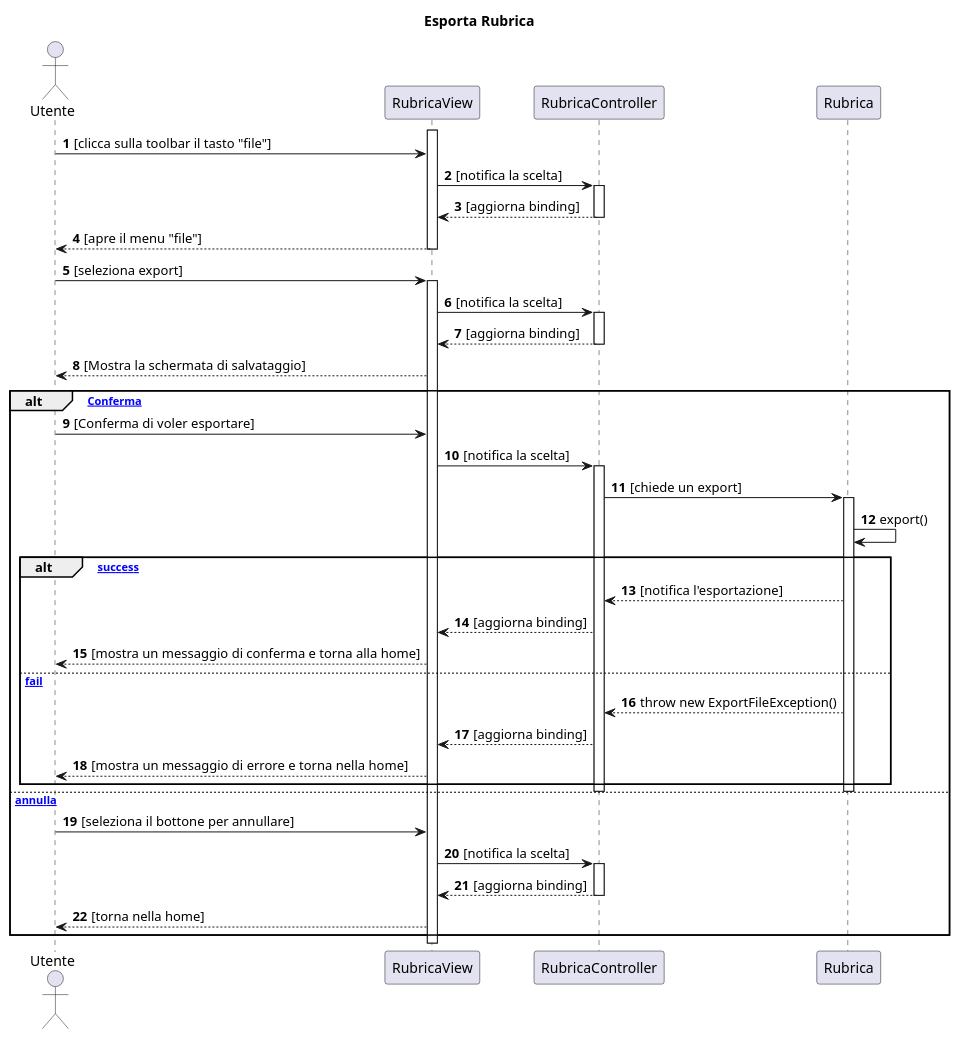
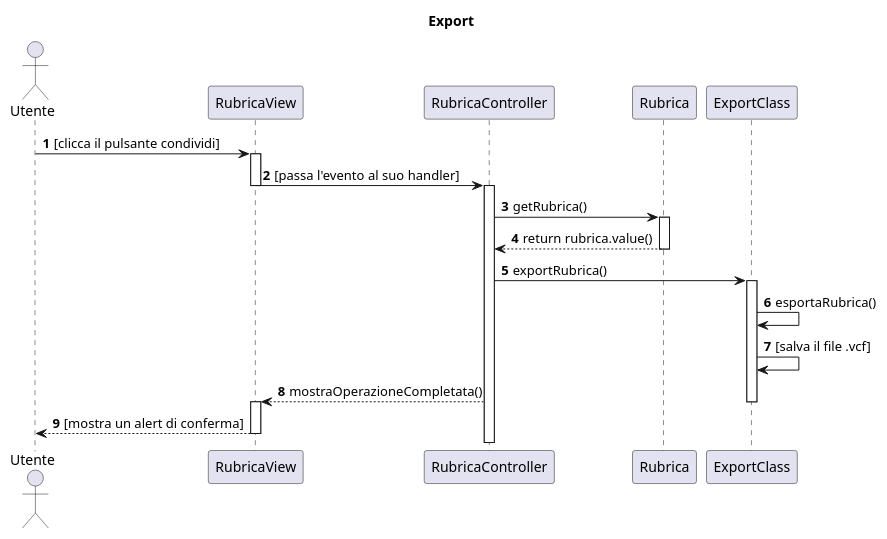
Before and after one commit to emanueletocci/uni-swe-project: the diagram in docs/bozze/Diagrammi/Sequenza2/ScenarioExport.puml, drawn with PlantUML.

Commit message:
diagramma di sequenza export

```diff
--- a/docs/bozze/Diagrammi/Sequenza2/ScenarioExport.puml
+++ b/docs/bozze/Diagrammi/Sequenza2/ScenarioExport.puml
@@ -1,53 +1,29 @@
 @startuml
-title Esporta Rubrica
+title Export
 autonumber
 actor Utente
-activate RubricaView
 participant RubricaView
 participant RubricaController
 participant Rubrica
+participant ExportClass
 
-Utente->RubricaView:[clicca sulla toolbar il tasto "file"]
-RubricaView->RubricaController:[notifica la scelta]
+Utente->RubricaView:[clicca il pulsante condividi]
+activate RubricaView
+RubricaView->RubricaController:[passa l'evento al suo handler]
+deactivate RubricaView
 activate RubricaController
-RubricaController-->RubricaView:[aggiorna binding]
-deactivate RubricaController
-RubricaView-->Utente:[apre il menu "file"]
+RubricaController->Rubrica:getRubrica()
+activate Rubrica
+Rubrica-->RubricaController:return rubrica.value()
+deactivate Rubrica
+RubricaController->ExportClass:exportRubrica()
+activate ExportClass
+ExportClass->ExportClass:esportaRubrica()
+ExportClass->ExportClass:[salva il file .vcf]
+RubricaController-->RubricaView:mostraOperazioneCompletata()
+deactivate ExportClass
+activate RubricaView
+RubricaView-->Utente:[mostra un alert di conferma]
 deactivate RubricaView
 
-Utente->RubricaView:[seleziona export]
-activate RubricaView
-RubricaView->RubricaController:[notifica la scelta]
-activate RubricaController
-RubricaController -->RubricaView:[aggiorna binding]
-deactivate RubricaController
-RubricaView-->Utente:[Mostra la schermata di salvataggio]
-
-alt [Conferma]
-    Utente->RubricaView:[Conferma di voler esportare]
-    RubricaView->RubricaController:[notifica la scelta]
-    activate RubricaController
-    RubricaController->Rubrica:[chiede un export]
-    activate Rubrica
-    Rubrica->Rubrica:export()
-    alt [export success]
-        Rubrica-->RubricaController:[notifica l'esportazione]
-        RubricaController-->RubricaView:[aggiorna binding]
-        RubricaView-->Utente:[mostra un messaggio di conferma e torna alla home]
-    else [export fail]
-        Rubrica-->RubricaController:throw new ExportFileException()
-        RubricaController-->RubricaView:[aggiorna binding]
-        RubricaView-->Utente:[mostra un messaggio di errore e torna nella home]
-    end
-    deactivate Rubrica
-    deactivate RubricaController
-else [annulla]
-    Utente->RubricaView:[seleziona il bottone per annullare]
-    RubricaView->RubricaController:[notifica la scelta]
-    activate RubricaController
-    RubricaController-->RubricaView:[aggiorna binding]
-    deactivate RubricaController
-    RubricaView-->Utente:[torna nella home]
-end
-
 @enduml
```
